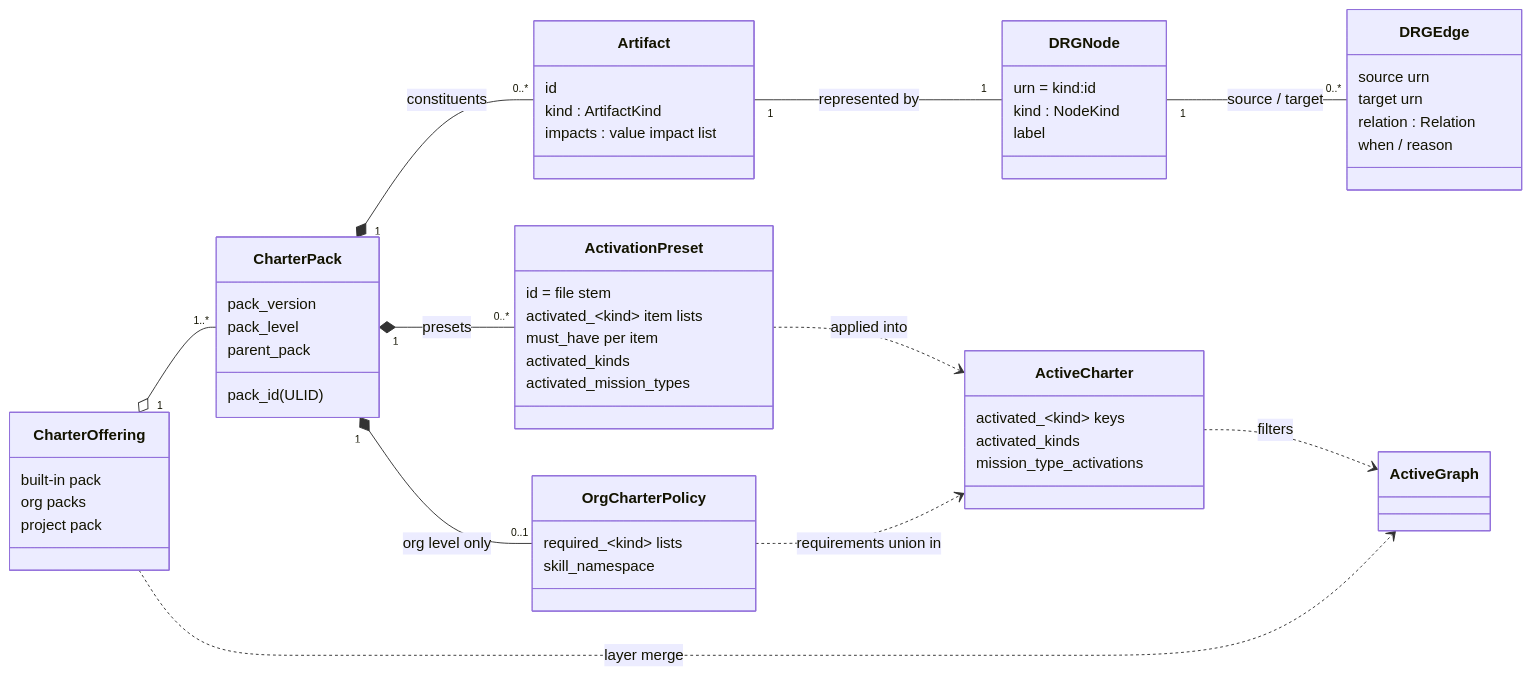
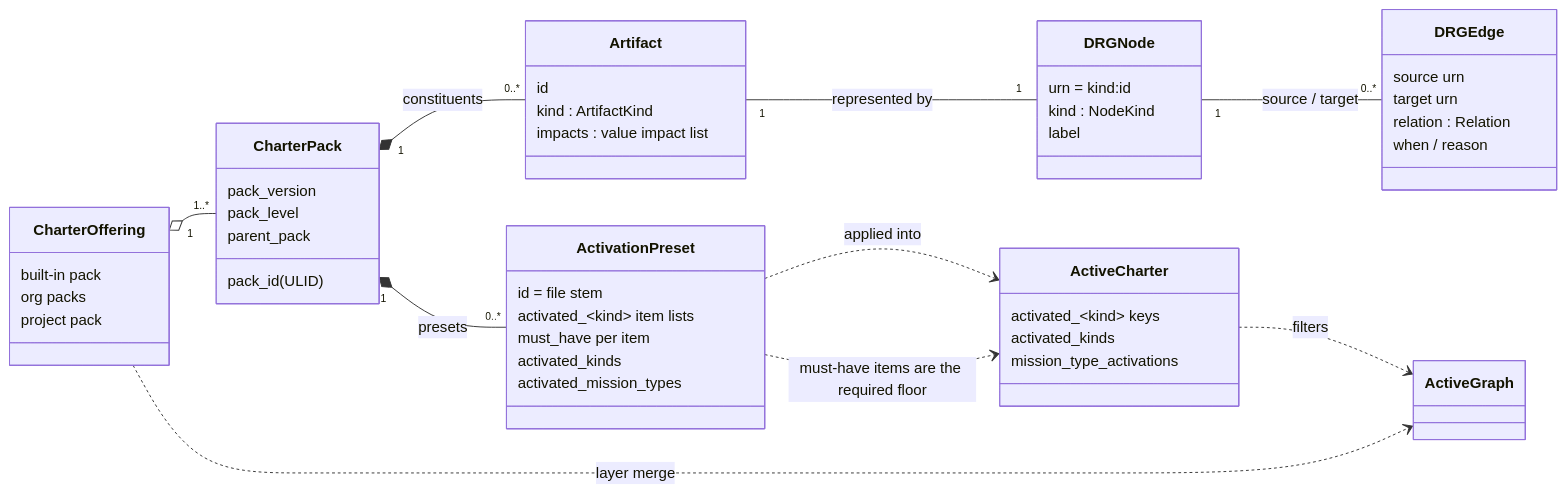
Before and after one commit to spec-kitty/spec-kitty-charter: the diagram in docs/architecture/logical-model.md, drawn with Mermaid. The commit also changed other lines of this file and 40 other files, not shown here.

Commit message:
docs: ADR-0073, the slice B amendments, the pack document and organization preset enforcement (#451, #431, #490)

````diff
--- a/docs/architecture/logical-model.md
+++ b/docs/architecture/logical-model.md
@@ -60,58 +60,53 @@
 ```mermaid
 classDiagram
   direction LR
   class CharterOffering {
     built-in pack
     org packs
     project pack
   }
   class CharterPack {
     pack_id (ULID)
     pack_version
     pack_level
     parent_pack
   }
   class ActivationPreset {
     id = file stem
     activated_~kind~ item lists
     must_have per item
     activated_kinds
     activated_mission_types
-  }
-  class OrgCharterPolicy {
-    required_~kind~ lists
-    skill_namespace
   }
   class Artifact {
     id
     kind : ArtifactKind
     impacts : value impact list
   }
   class DRGNode {
     urn = kind:id
     kind : NodeKind
     label
   }
   class DRGEdge {
     source urn
     target urn
     relation : Relation
     when / reason
   }
   class ActiveCharter {
     activated_~kind~ keys
     activated_kinds
     mission_type_activations
   }
   class ActiveGraph
   CharterOffering "1" o-- "1..*" CharterPack
   CharterPack "1" *-- "0..*" Artifact : constituents
   CharterPack "1" *-- "0..*" ActivationPreset : presets
-  CharterPack "1" *-- "0..1" OrgCharterPolicy : org level only
   Artifact "1" -- "1" DRGNode : represented by
   DRGNode "1" -- "0..*" DRGEdge : source / target
   ActivationPreset ..> ActiveCharter : applied into
-  OrgCharterPolicy ..> ActiveCharter : requirements union in
+  ActivationPreset ..> ActiveCharter : must-have items are the required floor
   CharterOffering ..> ActiveGraph : layer merge
   ActiveCharter ..> ActiveGraph : filters
 ```
````
